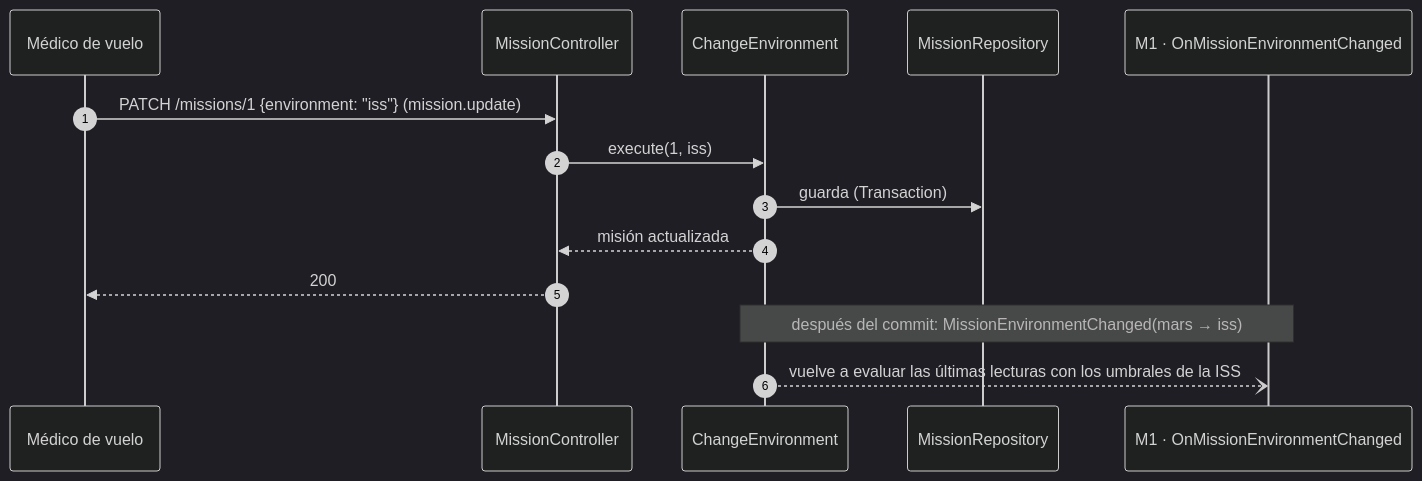
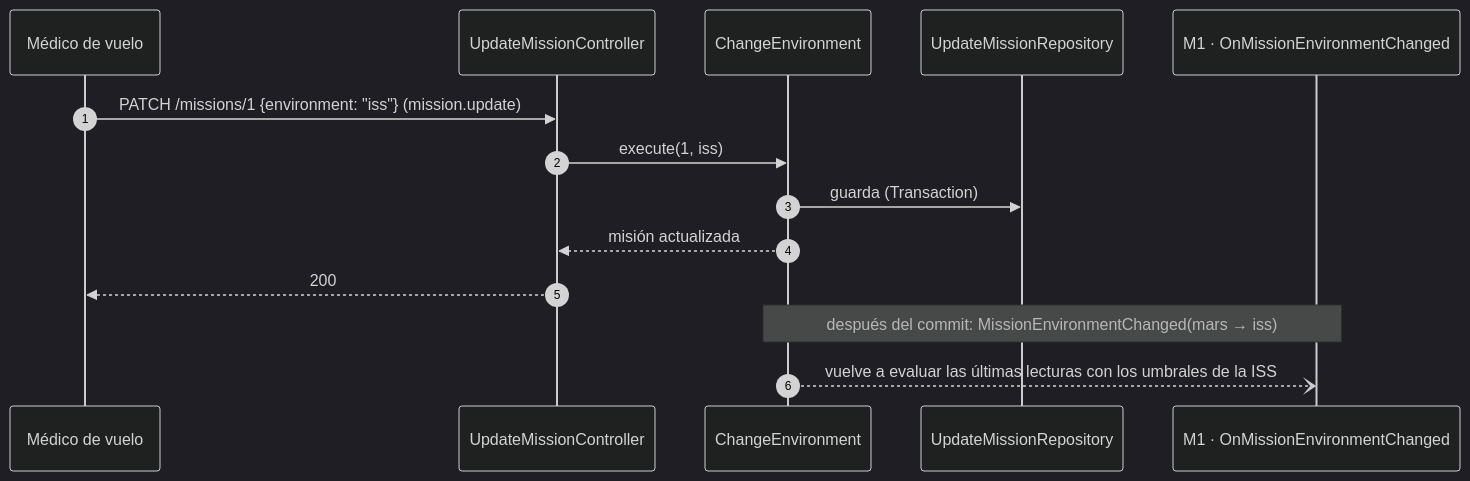
One commit to HACKATHON-NASA/ARTEMIS-III changed the diagram in astrohealth/docs/backend/M6-entorno/README.md. Above: the diagram before and after it, drawn with Mermaid (dark theme). The commit also changed other lines of this file and 27 other files, not shown here.

````diff
--- a/astrohealth/docs/backend/M6-entorno/README.md
+++ b/astrohealth/docs/backend/M6-entorno/README.md
@@ -15,16 +15,16 @@
 ```mermaid
 sequenceDiagram
     autonumber
     participant V as Médico de vuelo
-    participant C as MissionController
+    participant C as UpdateMissionController
     participant U as ChangeEnvironment
-    participant R as MissionRepository
+    participant R as UpdateMissionRepository
     participant M1 as M1 · OnMissionEnvironmentChanged
     V->>C: PATCH /missions/1 {environment: "iss"} (mission.update)
     C->>U: execute(1, iss)
     U->>R: guarda (Transaction)
     U-->>C: misión actualizada
     C-->>V: 200
     Note over U,M1: después del commit: MissionEnvironmentChanged(mars → iss)
     U--)M1: vuelve a evaluar las últimas lecturas con los umbrales de la ISS
 ```
````
